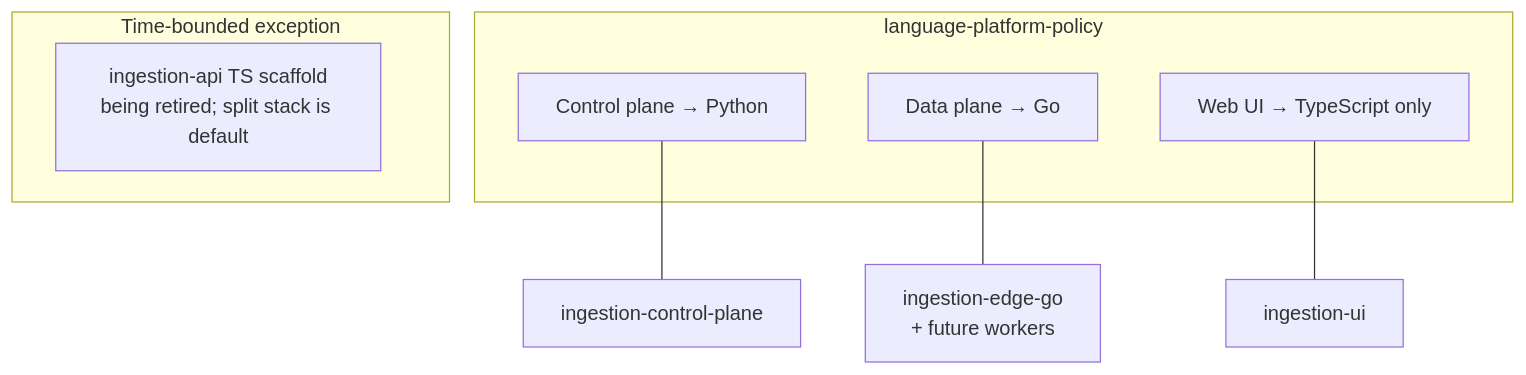
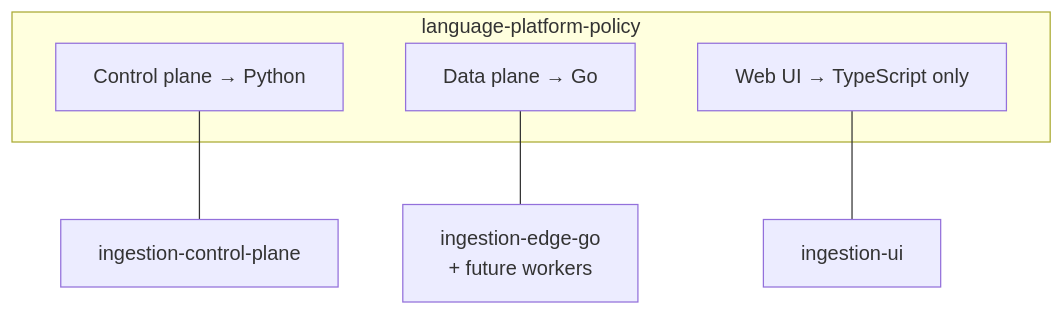
One commit to BernardoCSACarreira/canal changed the sixth of 6 diagrams in docs/architecture/diagrams.md. Above: the diagram before and after it, drawn with Mermaid. The commit also changed other lines of this file and 42 other files, not shown here.

First line of the commit message:
feat(CAN-73): remove legacy TypeScript ingestion-api

````diff
--- a/docs/architecture/diagrams.md
+++ b/docs/architecture/diagrams.md
@@ -165,17 +157,12 @@
 ```mermaid
 flowchart TB
   subgraph policy["language-platform-policy"]
     CP2["Control plane → Python"]
     DP["Data plane → Go"]
     FE["Web UI → TypeScript only"]
   end
 
-  subgraph exception["Time-bounded exception"]
-    TS["ingestion-api TS scaffold\nbeing retired; split stack is default"]
-  end
-
   CP2 --- PY2["ingestion-control-plane"]
   DP --- GO2["ingestion-edge-go\n+ future workers"]
   FE --- UI2["ingestion-ui"]
-  exception --- TS
 ```
````
